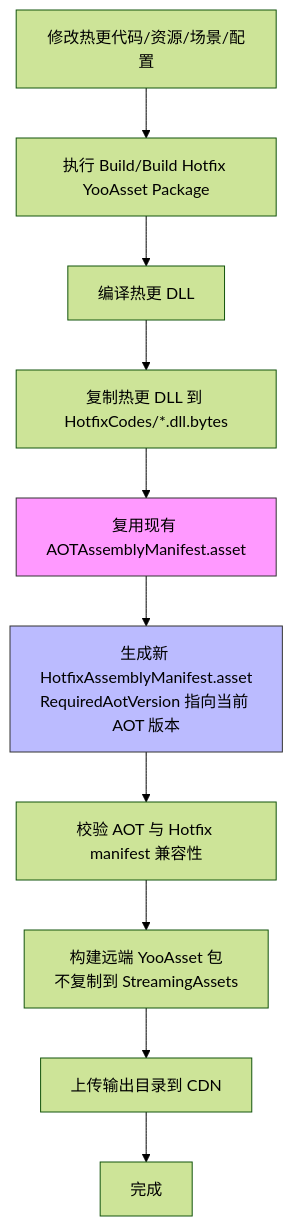
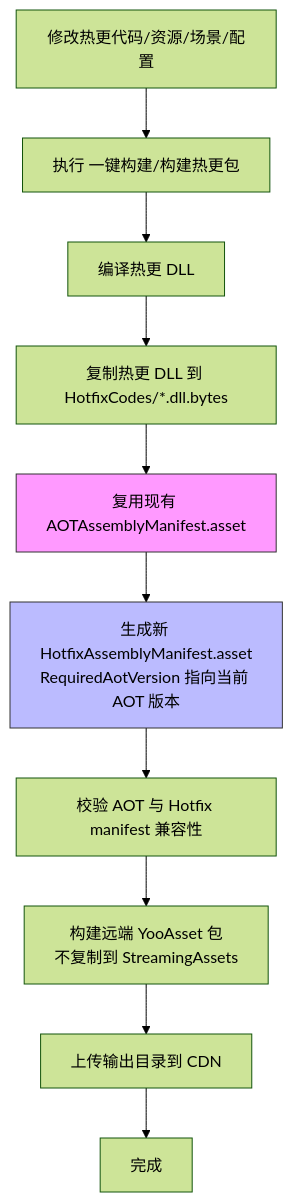
One commit to RyuRae/qframework-hotfix changed the second of 5 diagrams in README.md. Above: the diagram before and after it, drawn with Mermaid (forest theme). The commit also changed other lines of this file and 24 other files, not shown here.

````diff
--- a/README.md
+++ b/README.md
@@ -159,15 +168,15 @@
 ```mermaid
 flowchart TD
-    A[修改热更代码/资源/场景/配置] --> B[执行 Build/Build Hotfix YooAsset Package]
+    A[修改热更代码/资源/场景/配置] --> B[执行 一键构建/构建热更包]
     B --> C[编译热更 DLL]
     C --> D[复制热更 DLL 到 HotfixCodes/*.dll.bytes]
     D --> E[复用现有 AOTAssemblyManifest.asset]
     E --> F[生成新 HotfixAssemblyManifest.asset\nRequiredAotVersion 指向当前 AOT 版本]
     F --> G[校验 AOT 与 Hotfix manifest 兼容性]
     G --> H[构建远端 YooAsset 包\n不复制到 StreamingAssets]
     H --> I[上传输出目录到 CDN]
     I --> J[完成]
 
     style E fill:#f9f,stroke:#333
     style F fill:#bbf,stroke:#333
 ```
````
